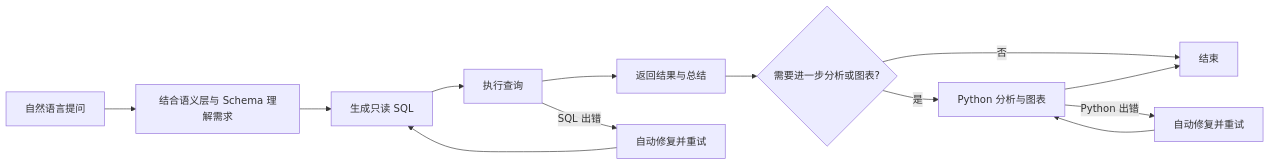
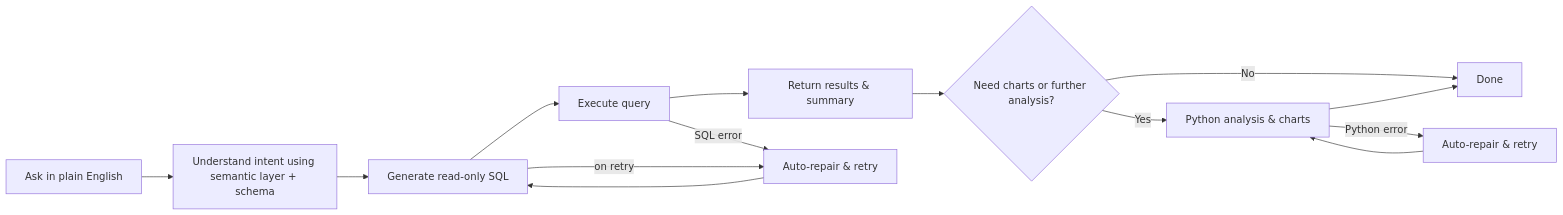
The diagram in README.md (MoonMao42/ReceiptBI), drawn with Mermaid before and after one commit. The commit also changed other lines of this file and 53 other files, not shown here.

````diff
--- a/README.md
+++ b/README.md
@@ -54,15 +54,16 @@
 ```mermaid
 flowchart LR
-    query["自然语言提问"] --> context["结合语义层与 Schema 理解需求"]
-    context --> sql["生成只读 SQL"]
-    sql --> execute["执行查询"]
-    execute --> result["返回结果与总结"]
-    result --> decision{"需要进一步分析或图表?"}
-    decision -->|是| python["Python 分析与图表"]
-    decision -->|否| done["结束"]
+    query["Ask in plain English"] --> context["Understand intent using semantic layer + schema"]
+    context --> sql["Generate read-only SQL"]
+    sql --> execute["Execute query"]
+    execute --> result["Return results & summary"]
+    result --> decision{"Need charts or further analysis?"}
+    decision -->|Yes| python["Python analysis & charts"]
+    decision -->|No| done["Done"]
     python --> done
-    execute -->|SQL 出错| repair_sql["自动修复并重试"]
-    python -->|Python 出错| repair_py["自动修复并重试"]
+    execute -->|SQL error| repair_sql["Auto-repair & retry"]
+    sql -->|on retry| repair_sql
+    python -->|Python error| repair_py["Auto-repair & retry"]
     repair_sql --> sql
     repair_py --> python
 ```
````
